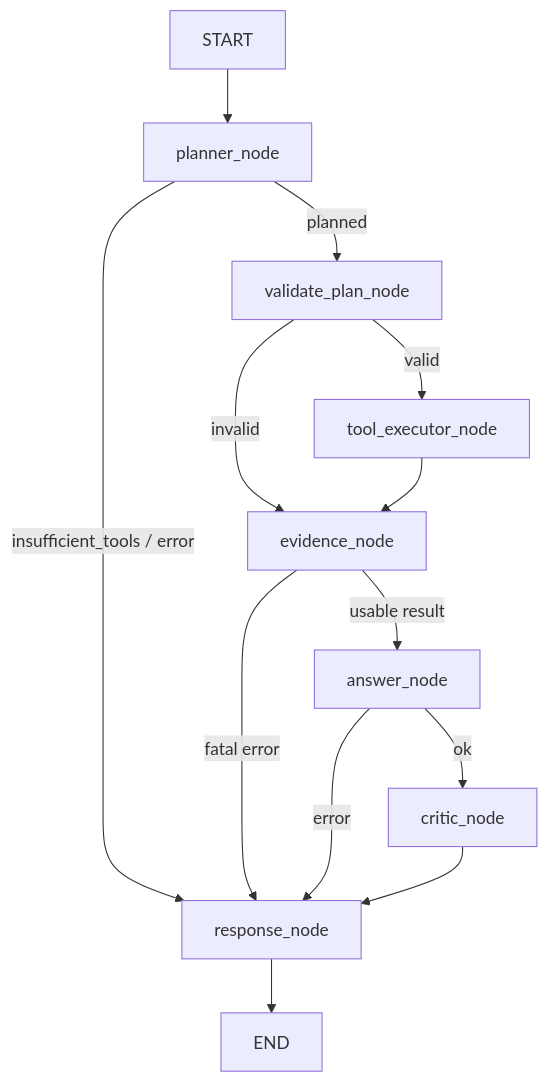
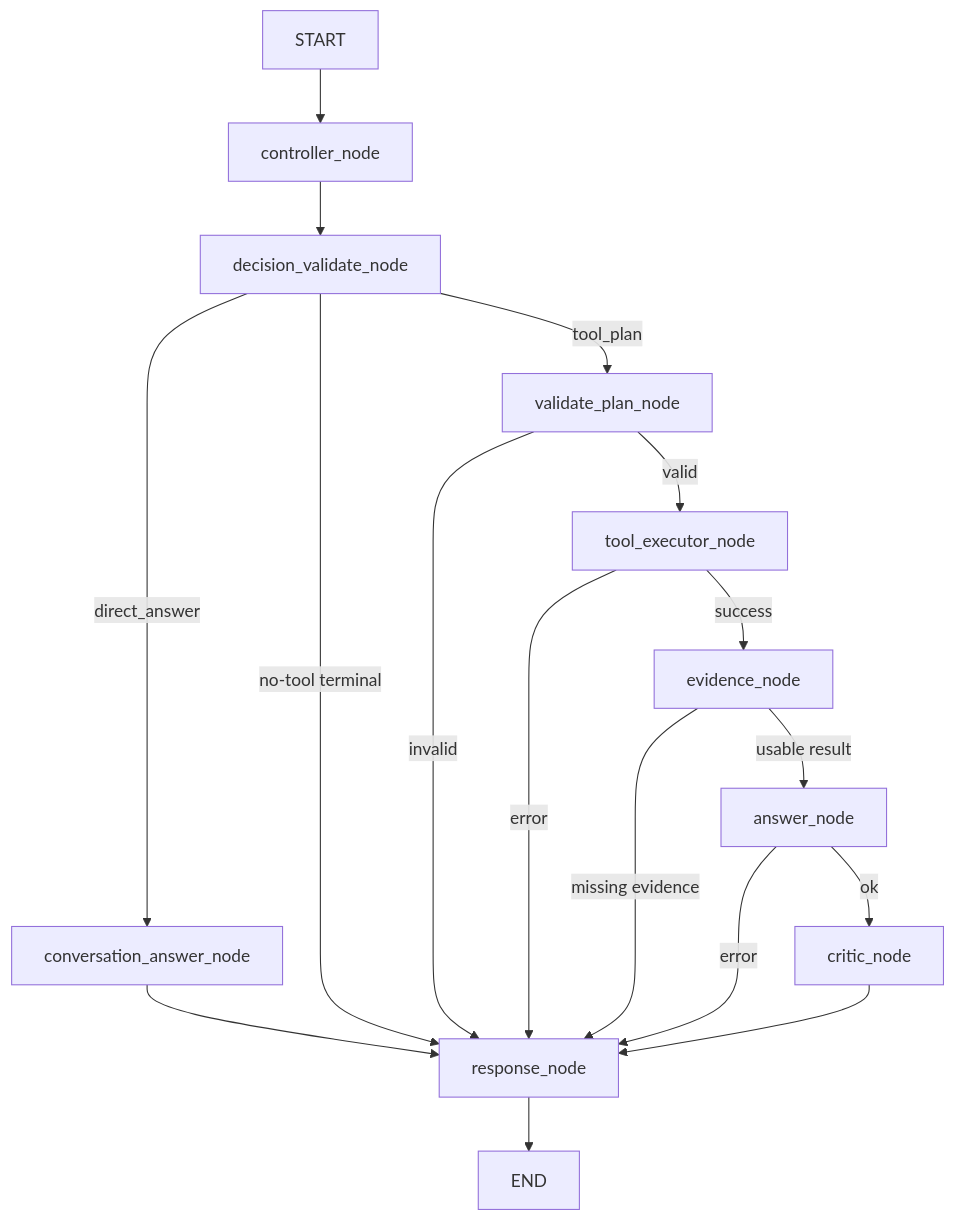
Before and after one commit to Philip23333/DotaMind: the diagram in docs/design/DotaMind_V3.0_design.md, drawn with Mermaid. The commit also changed other lines of this file and 57 other files, not shown here.

````diff
--- a/docs/design/DotaMind_V3.0_design.md
+++ b/docs/design/DotaMind_V3.0_design.md
@@ -128,15 +127,19 @@
 ```mermaid
 flowchart TD
-    START["START"] --> Planner["planner_node"]
-    Planner -->|planned| Validate["validate_plan_node"]
-    Planner -->|insufficient_tools / error| Response["response_node"]
+    START["START"] --> Controller["controller_node"]
+    Controller --> Decision["decision_validate_node"]
+    Decision -->|"direct_answer"| Conversation["conversation_answer_node"]
+    Conversation --> Response["response_node"]
+    Decision -->|"no-tool terminal"| Response
+    Decision -->|"tool_plan"| Validate["validate_plan_node"]
     Validate -->|valid| Tools["tool_executor_node"]
-    Validate -->|invalid| Evidence["evidence_node"]
-    Tools --> Evidence
-    Evidence -->|fatal error| Response
+    Validate -->|invalid| Response
+    Tools -->|success| Evidence["evidence_node"]
+    Tools -->|error| Response
     Evidence -->|usable result| Answer["answer_node"]
+    Evidence -->|missing evidence| Response
     Answer -->|ok| Critic["critic_node"]
     Answer -->|error| Response
     Critic --> Response
     Response --> END["END"]
 ```
````
